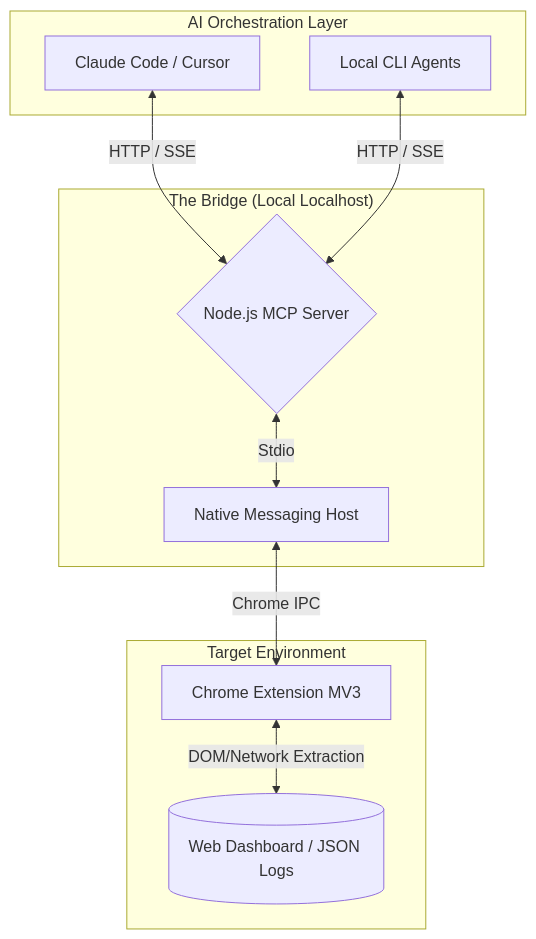
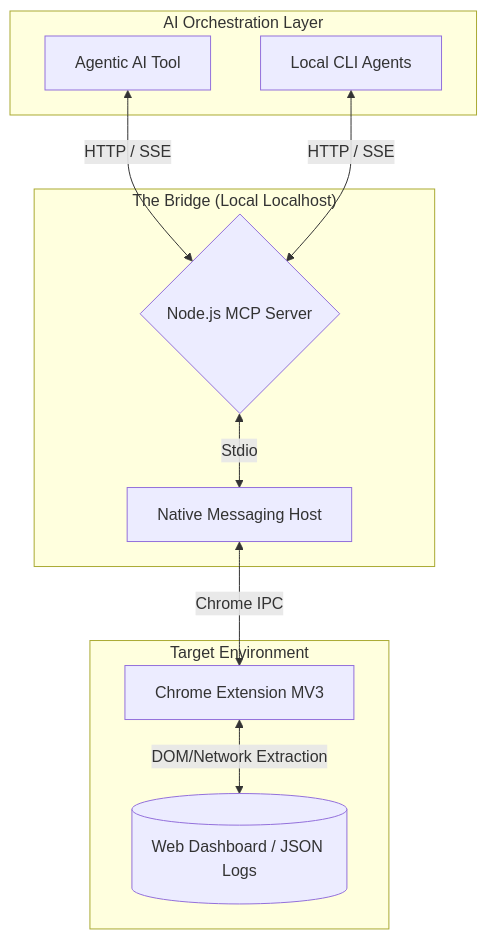
The diagram in README.md (avizmarlon/autonomous-mcp-agent-architecture), drawn with Mermaid before and after one commit.

Commit message:
Update AI tool name in README

````diff
--- a/README.md
+++ b/README.md
@@ -17,23 +17,23 @@
 ```mermaid
 graph TD
     subgraph "AI Orchestration Layer"
-        A[Claude Code / Cursor]
+        A[Agentic AI Tool]
         B[Local CLI Agents]
     end
 
     subgraph "The Bridge (Local Localhost)"
         C{Node.js MCP Server}
         D[Native Messaging Host]
     end
 
     subgraph "Target Environment"
         E[Chrome Extension MV3]
         F[(Web Dashboard / JSON Logs)]
     end
 
     A <-->|HTTP / SSE| C
     B <-->|HTTP / SSE| C
     C <-->|Stdio| D
     D <-->|Chrome IPC| E
     E <-->|DOM/Network Extraction| F
 ```
````
